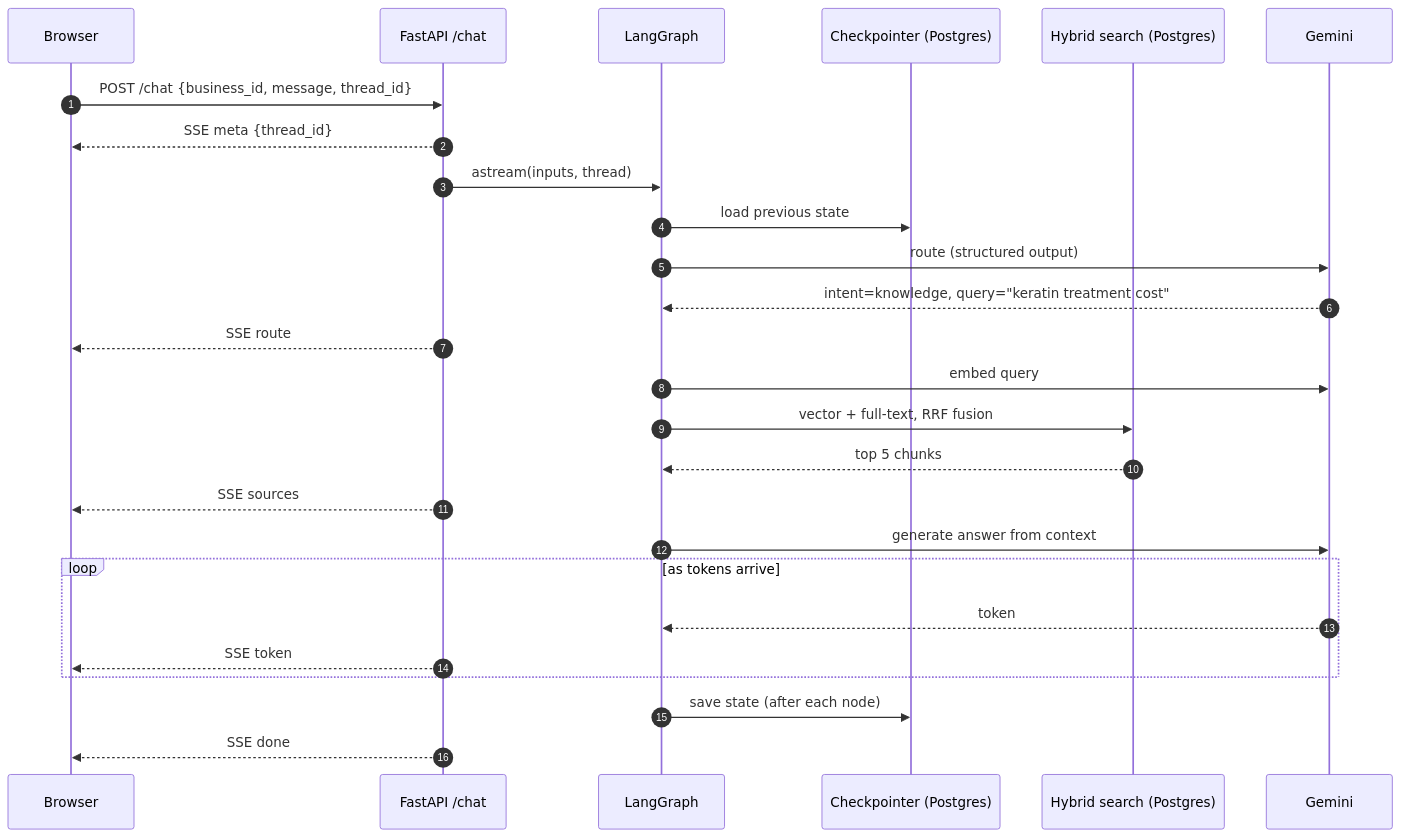
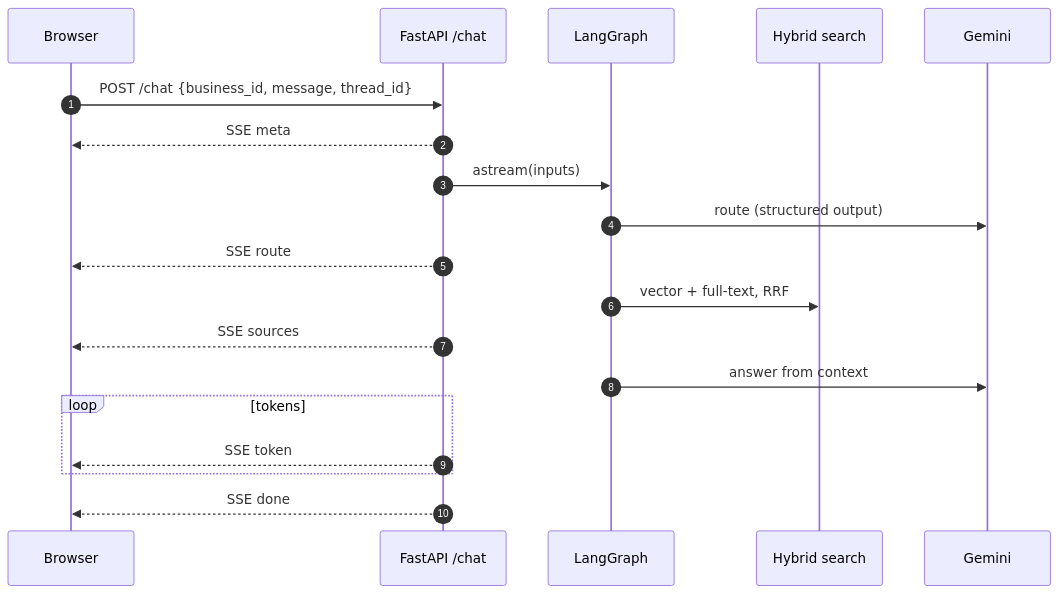
One commit to yash6388/voxdesk changed the fifth of 8 diagrams in docs/ARCHITECTURE.md. Above: the diagram before and after it, drawn with Mermaid. The commit also changed other lines of this file and 50 other files, not shown here.

````diff
--- a/docs/ARCHITECTURE.md
+++ b/docs/ARCHITECTURE.md
@@ -156,29 +183,22 @@
 ```mermaid
 sequenceDiagram
     autonumber
     participant B as Browser
     participant A as FastAPI /chat
     participant G as LangGraph
-    participant C as Checkpointer (Postgres)
-    participant R as Hybrid search (Postgres)
+    participant R as Hybrid search
     participant L as Gemini
 
     B->>A: POST /chat {business_id, message, thread_id}
-    A-->>B: SSE meta {thread_id}
-    A->>G: astream(inputs, thread)
-    G->>C: load previous state
+    A-->>B: SSE meta
+    A->>G: astream(inputs)
     G->>L: route (structured output)
-    L-->>G: intent=knowledge, query="keratin treatment cost"
     A-->>B: SSE route
-    G->>L: embed query
-    G->>R: vector + full-text, RRF fusion
-    R-->>G: top 5 chunks
+    G->>R: vector + full-text, RRF
     A-->>B: SSE sources
-    G->>L: generate answer from context
-    loop as tokens arrive
-        L-->>G: token
+    G->>L: answer from context
+    loop tokens
         A-->>B: SSE token
     end
-    G->>C: save state (after each node)
     A-->>B: SSE done
 ```
````
